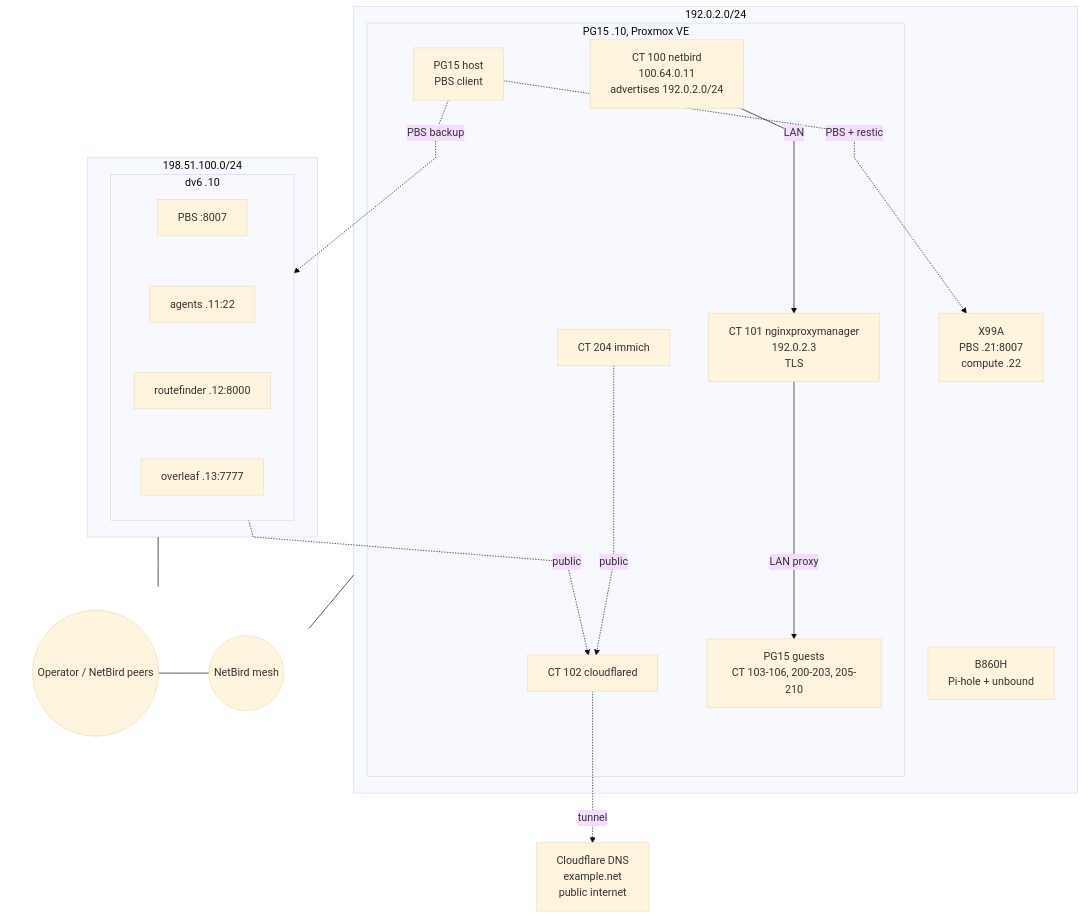
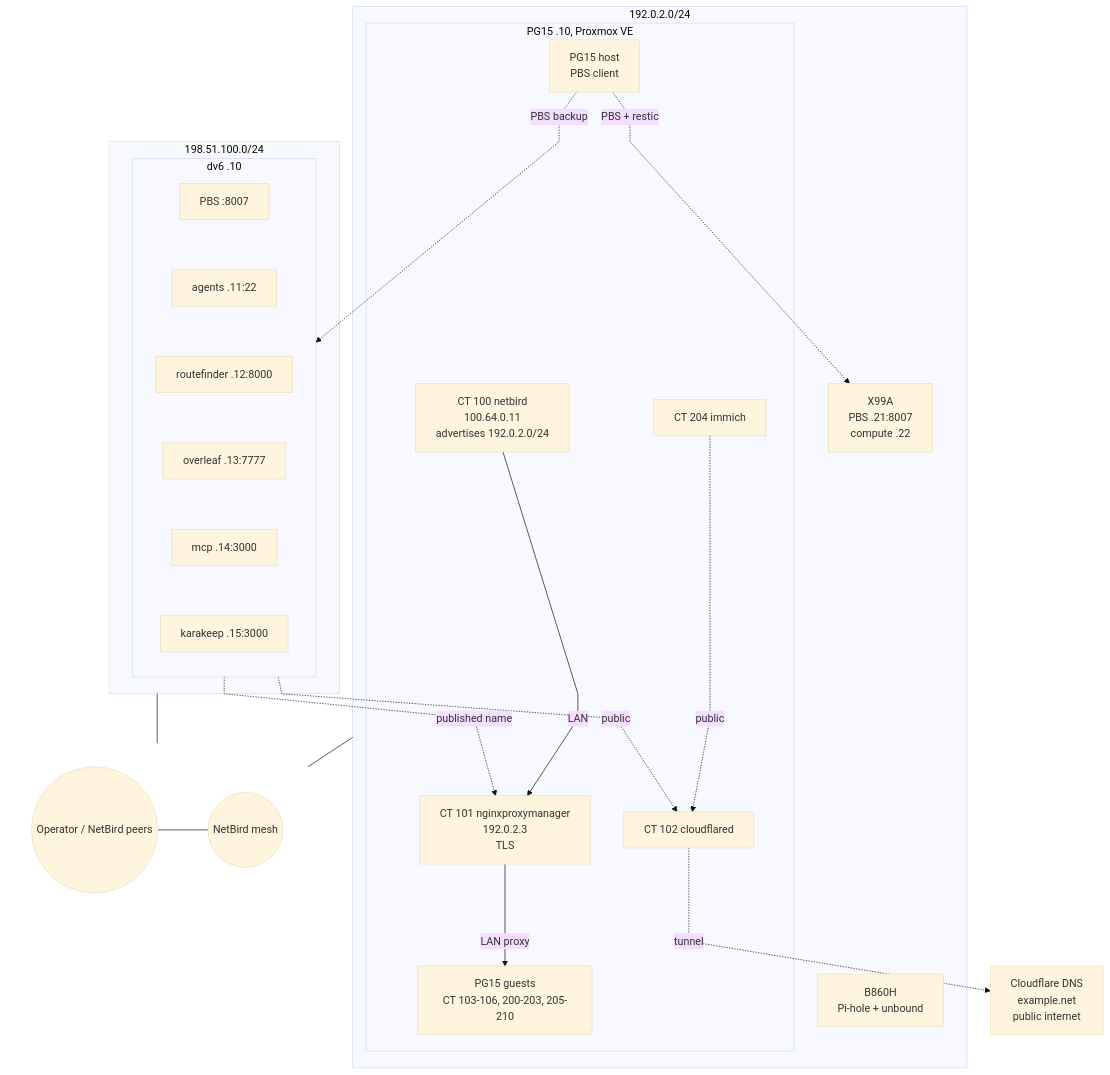
One commit to F4DCA/homelab changed the diagram in README.md. Above: the diagram before and after it, drawn with Mermaid (base theme). The commit also changed other lines of this file and 2 other files, not shown here.

First line of the commit message:
docs: add the mcp and karakeep guests on dv6

````diff
--- a/README.md
+++ b/README.md
@@ -12,50 +13,55 @@
 ```mermaid
 %%{init: {"flowchart": {"curve": "linear"}}}%%
 flowchart TB
     CF["Cloudflare DNS<br/>example.net<br/>public internet"]
 
     subgraph LAN["192.0.2.0/24"]
         subgraph PG15["PG15 .10, Proxmox VE"]
             CT100["CT 100 netbird<br/>100.64.0.11<br/>advertises 192.0.2.0/24"]
             CT102["CT 102 cloudflared"]
             CT101["CT 101 nginxproxymanager<br/>192.0.2.3<br/>TLS"]
             GUESTS["PG15 guests<br/>CT 103-106, 200-203, 205-210"]
             IMMICH["CT 204 immich"]
             PG15HOST["PG15 host<br/>PBS client"]
         end
         X99A["X99A<br/>PBS .21:8007<br/>compute .22"]
         B860H["B860H<br/>Pi-hole + unbound"]
     end
 
     subgraph DV6LAN["198.51.100.0/24"]
         subgraph DV6["dv6 .10"]
             direction TB
             PBS6["PBS :8007"]
             AG["agents .11:22"]
             RF["routefinder .12:8000"]
             OL["overleaf .13:7777"]
+            MCP["mcp .14:3000"]
+            KAR["karakeep .15:3000"]
             %% keep the dv6 services in one vertical column
             PBS6 ~~~ AG
             AG ~~~ RF
             RF ~~~ OL
+            OL ~~~ MCP
+            MCP ~~~ KAR
         end
     end
 
     subgraph ACCESS[" "]
         direction LR
         OPS(("Operator / NetBird peers"))
         MESH(("NetBird mesh"))
         OPS --- MESH
     end
     style ACCESS fill:none,stroke:none
 
     LAN --- MESH
     DV6LAN --- MESH
     CT100 -->|"LAN"| CT101
     CT101 -->|"LAN proxy"| GUESTS
     PG15HOST -. "PBS + restic" .-> X99A
     PG15HOST -. "PBS backup" .-> PBS6
     OL -. "public" .-> CT102
+    KAR -. "published name" .-> CT101
     IMMICH -. "public" .-> CT102
     CT102 -. "tunnel" .-> CF
 ```
````
